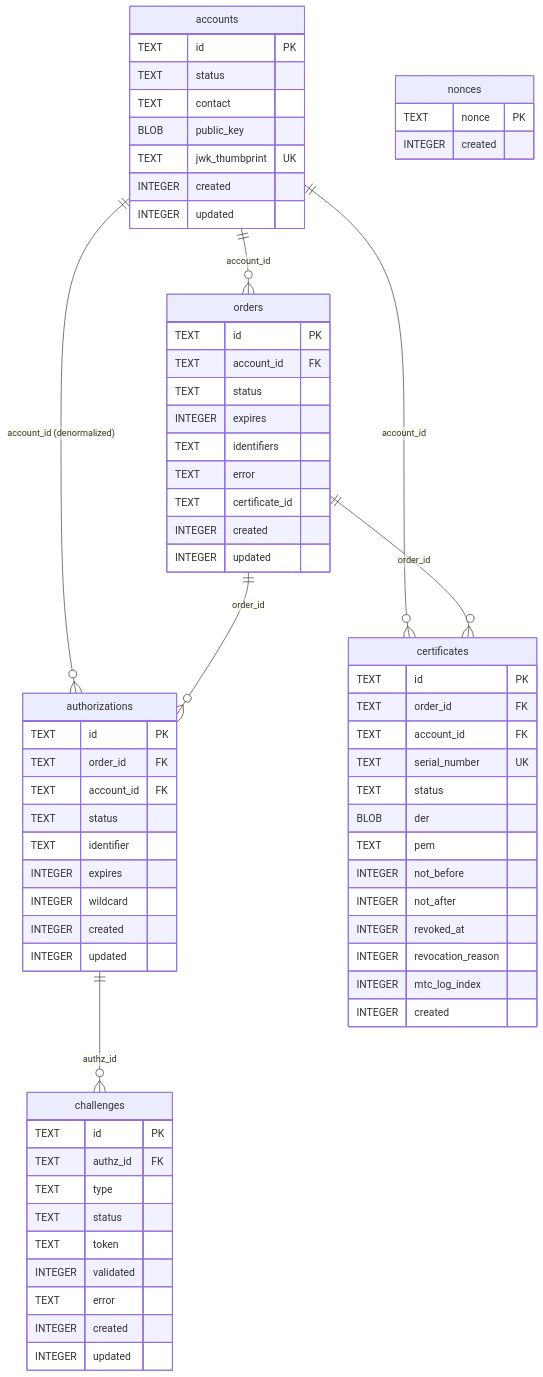
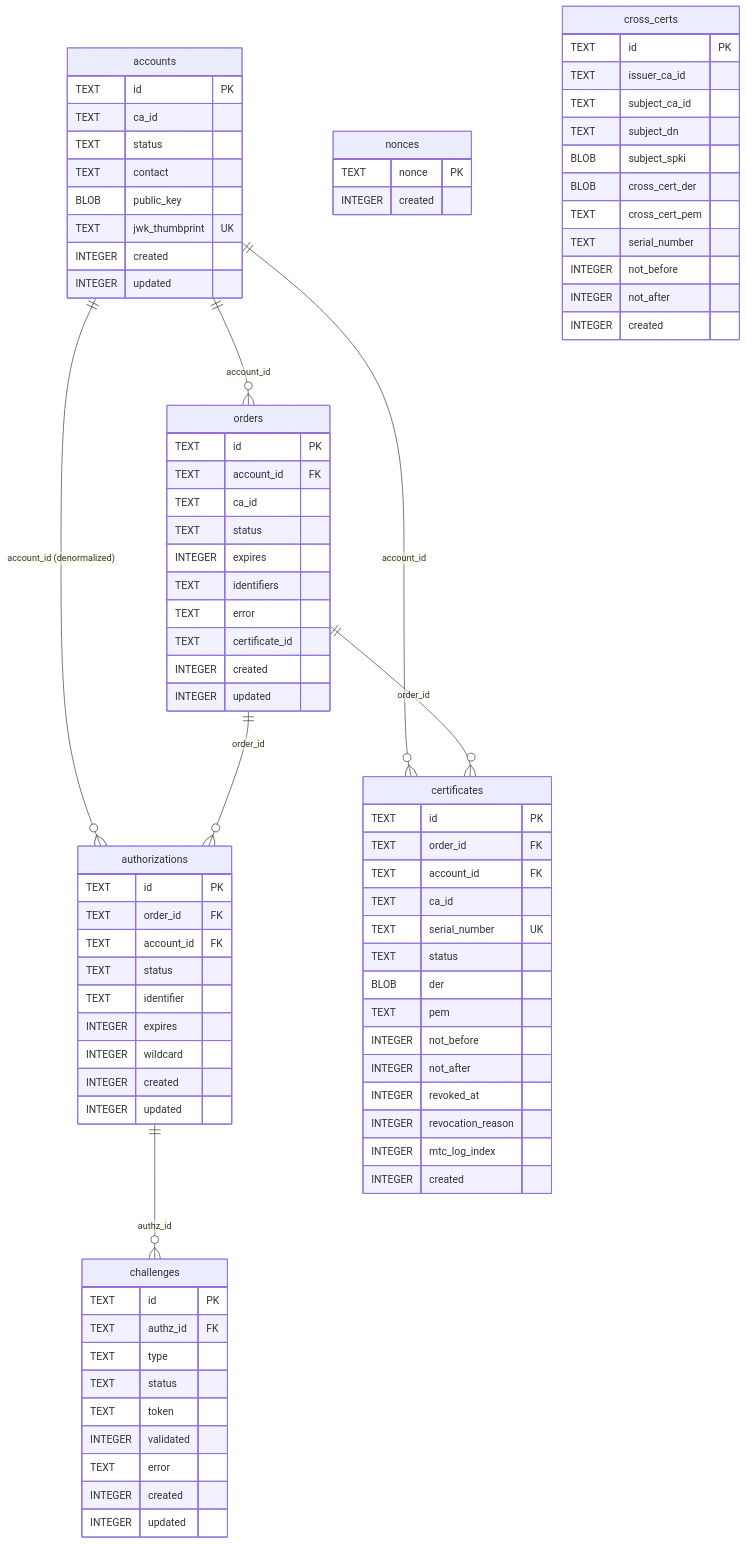
Before and after one commit to czinda/akamu: the diagram in docs/src/developer/database.md, drawn with Mermaid. The commit also changed other lines of this file and 3 other files, not shown here.

First line of the commit message:
docs(developer): update developer guide for multi-CA architecture

```diff
--- a/docs/src/developer/database.md
+++ b/docs/src/developer/database.md
@@ -205,6 +207,7 @@
 erDiagram
     accounts {
         TEXT id PK
+        TEXT ca_id
         TEXT status
         TEXT contact
         BLOB public_key
@@ -215,6 +218,7 @@
     orders {
         TEXT id PK
         TEXT account_id FK
+        TEXT ca_id
         TEXT status
         INTEGER expires
         TEXT identifiers
@@ -249,6 +253,7 @@
         TEXT id PK
         TEXT order_id FK
         TEXT account_id FK
+        TEXT ca_id
         TEXT serial_number UK
         TEXT status
         BLOB der
@@ -264,6 +269,19 @@
         TEXT nonce PK
         INTEGER created
     }
+    cross_certs {
+        TEXT id PK
+        TEXT issuer_ca_id
+        TEXT subject_ca_id
+        TEXT subject_dn
+        BLOB subject_spki
+        BLOB cross_cert_der
+        TEXT cross_cert_pem
+        TEXT serial_number
+        INTEGER not_before
+        INTEGER not_after
+        INTEGER created
+    }
 
     accounts ||--o{ orders : "account_id"
     accounts ||--o{ authorizations : "account_id (denormalized)"
```
